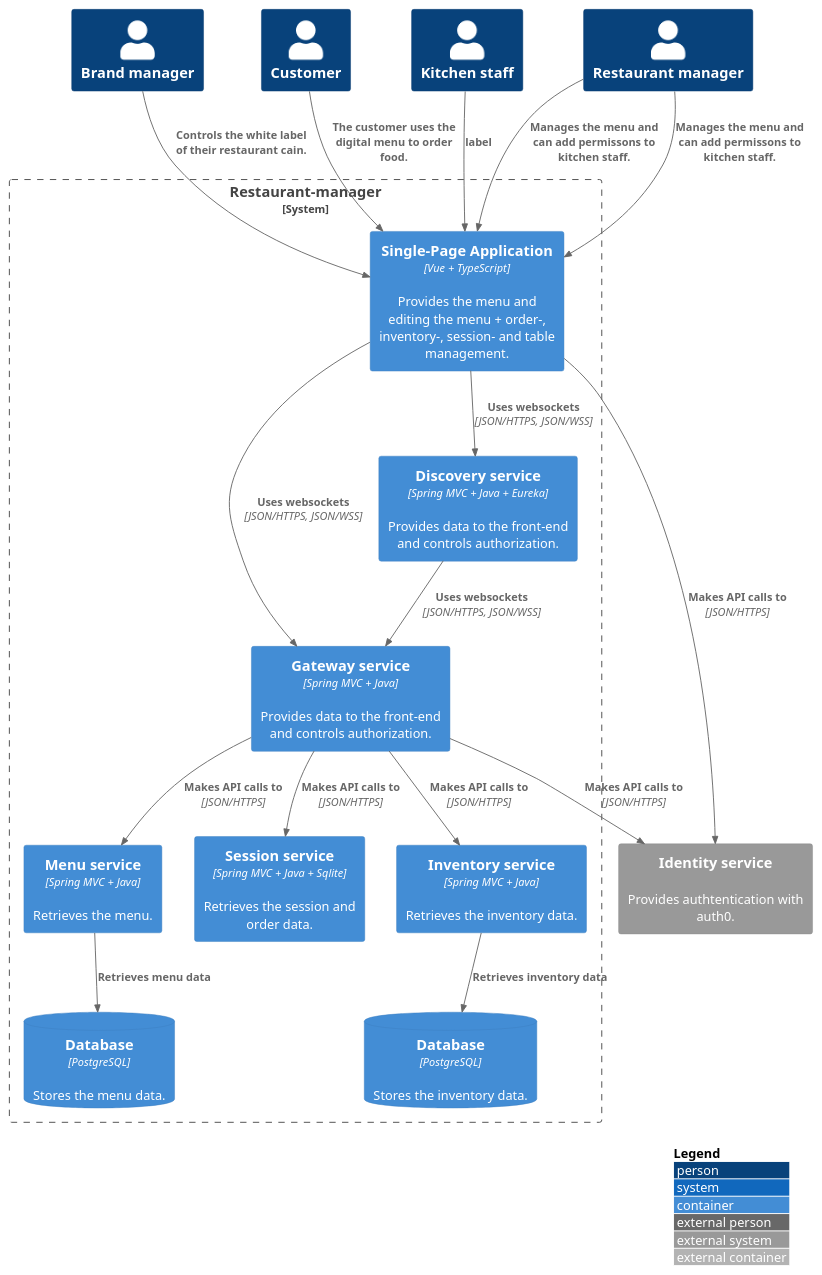
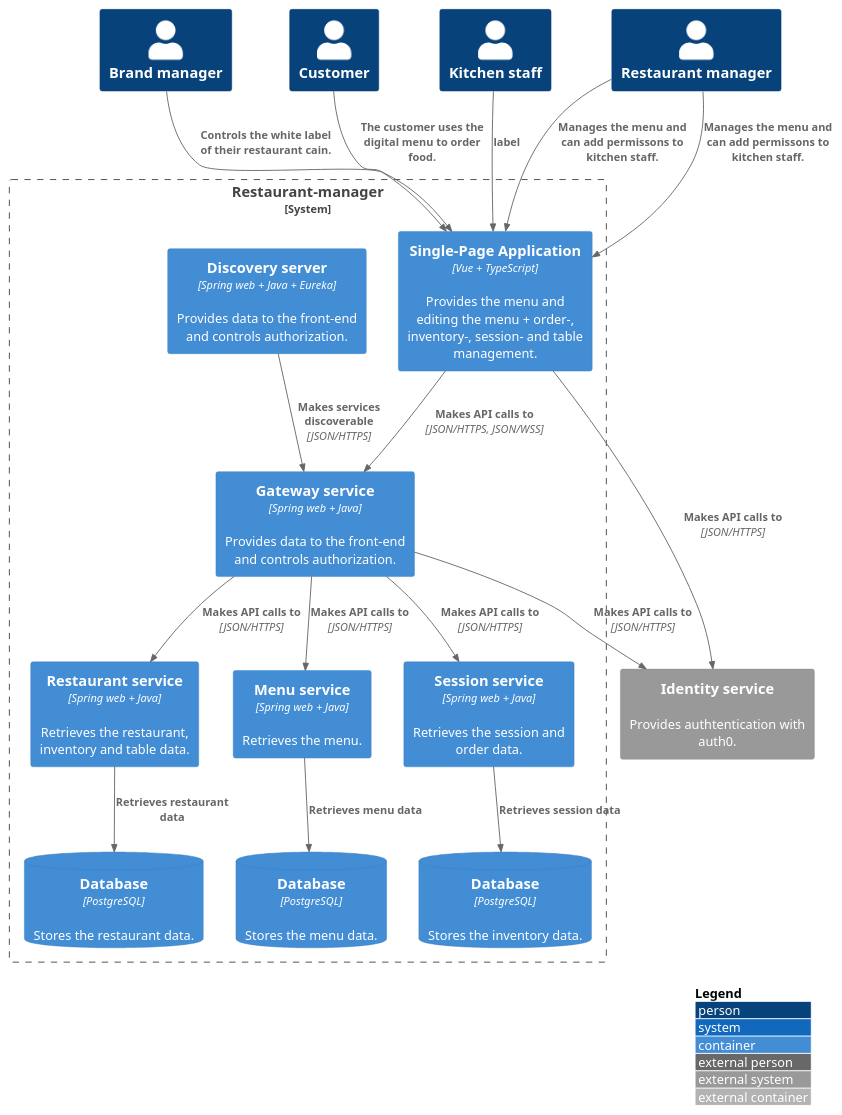
One commit to FHICT-Owen/S3-GPS-DOCS changed the diagram in diagrams/container.puml. Above: the diagram before and after it, drawn with PlantUML.

```diff
--- a/diagrams/container.puml
+++ b/diagrams/container.puml
@@ -1,48 +1,48 @@
 @startuml C4_Elements
 !include https://raw.githubusercontent.com/plantuml-stdlib/C4-PlantUML/master/C4_Container.puml
 
 LAYOUT_WITH_LEGEND()
 
 Person(brand, "Brand manager")
 Person(customer, "Customer")
 Person(staff, "Kitchen staff")
 Person(manager, "Restaurant manager")
 
 System_Ext(identity, "Identity service", "Provides authtentication with auth0.")
 
 System_Boundary(boundry, "Restaurant-manager"){
 	Container(spa, "Single-Page Application", "Vue + TypeScript", "Provides the menu and editing the menu + order-, inventory-, session- and table management.")
 
-	Container(gateway, "Gateway service", "Spring MVC + Java", "Provides data to the front-end and controls authorization.")
-	Container(discovery, "Discovery service", "Spring MVC + Java + Eureka", "Provides data to the front-end and controls authorization.")
+	Container(discovery, "Discovery server", "Spring web + Java + Eureka", "Provides data to the front-end and controls authorization.")
+	Container(gateway, "Gateway service", "Spring web + Java", "Provides data to the front-end and controls authorization.")
 
-	Container(menu_service, "Menu service", "Spring MVC + Java", "Retrieves the menu.")
-	Container(session_service, "Session service", "Spring MVC + Java + Sqlite", "Retrieves the session and order data.")
-	Container(inventory_service, "Inventory service", "Spring MVC + Java", "Retrieves the inventory data.")
+	Container(restaurant_service, "Restaurant service", "Spring web + Java", "Retrieves the restaurant, inventory and table data.")
+	Container(menu_service, "Menu service", "Spring web + Java", "Retrieves the menu.")
+	Container(session_service, "Session service", "Spring web + Java", "Retrieves the session and order data.")
 
+	ContainerDb(restaurant_db, "Database", "PostgreSQL", "Stores the restaurant data.")
 	ContainerDb(menu_db, "Database", "PostgreSQL", "Stores the menu data.")
-	ContainerDb(inventory_db, "Database", "PostgreSQL", "Stores the inventory data.")
+	ContainerDb(session_db, "Database", "PostgreSQL", "Stores the inventory data.")
 }
 
 Rel(customer, spa, "The customer uses the digital menu to order food.")
 Rel(staff, spa, "label")
 Rel(manager, spa, "Manages the menu and can add permissons to kitchen staff.")
 Rel(manager, spa, "Manages the menu and can add permissons to kitchen staff.")
 Rel(brand, spa, "Controls the white label of their restaurant cain.")
 
-Rel(spa, gateway, "Uses websockets", "JSON/HTTPS, JSON/WSS")
-Rel(spa, discovery, "Uses websockets", "JSON/HTTPS, JSON/WSS")
+Rel(spa, gateway, "Makes API calls to", "JSON/HTTPS, JSON/WSS")
 
 Rel(spa, identity, "Makes API calls to", "JSON/HTTPS")
 Rel(gateway, identity, "Makes API calls to", "JSON/HTTPS")
 
-Rel(discovery, gateway, "Uses websockets", "JSON/HTTPS, JSON/WSS")
+Rel(discovery, gateway, "Makes services discoverable", "JSON/HTTPS")
 
 Rel(gateway, menu_service, "Makes API calls to", "JSON/HTTPS")
 Rel(gateway, session_service, "Makes API calls to", "JSON/HTTPS")
-Rel(gateway, inventory_service, "Makes API calls to", "JSON/HTTPS")
+Rel(gateway, restaurant_service, "Makes API calls to", "JSON/HTTPS")
 
+Rel(restaurant_service, restaurant_db, "Retrieves restaurant data")
 Rel(menu_service, menu_db, "Retrieves menu data")
-Rel(inventory_service, inventory_db, "Retrieves inventory data")
-
+Rel(session_service, session_db, "Retrieves session data")
 @enduml
```
